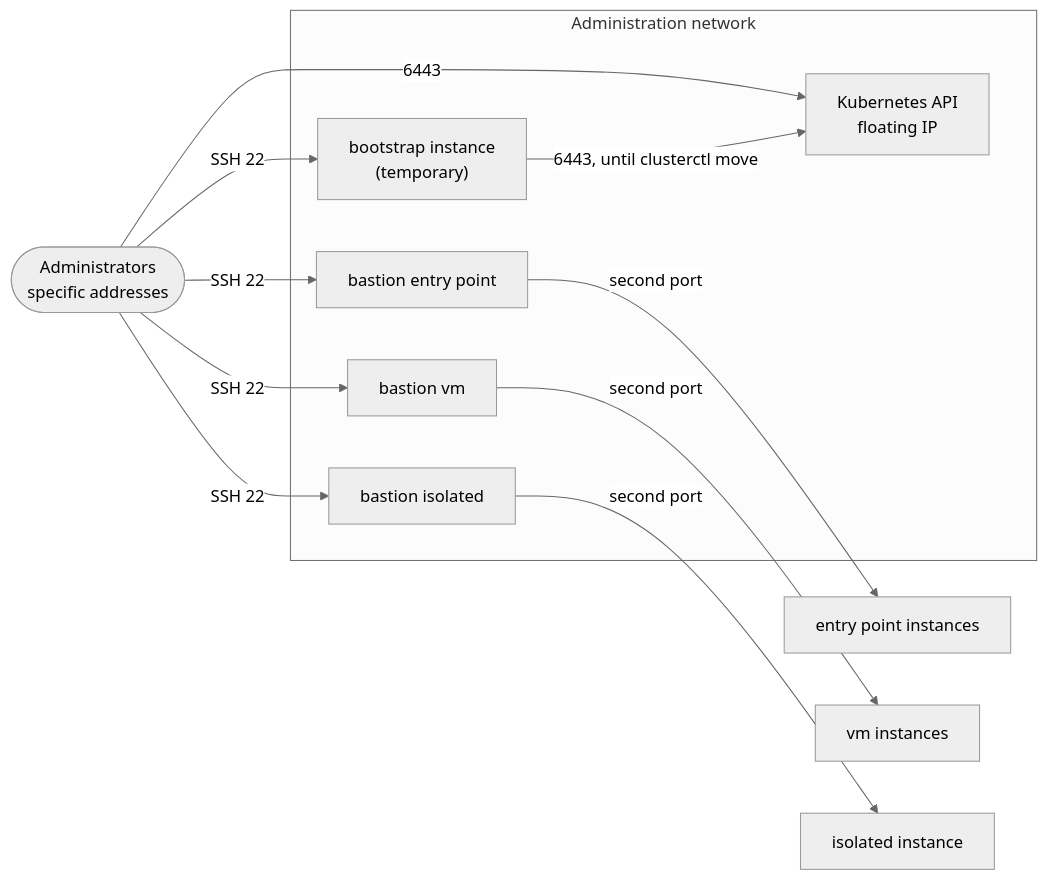
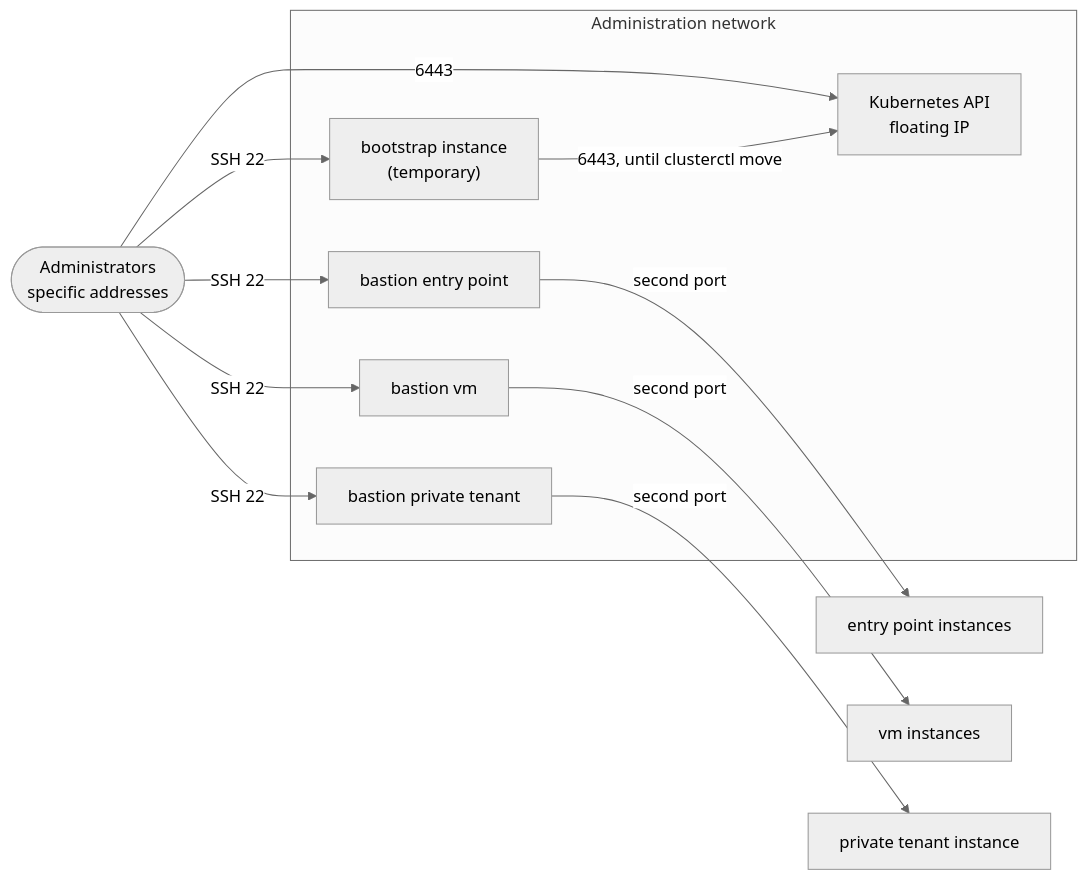
Before and after one commit to CyprisTech/openstack-multitenant-reference: the fifth of 6 diagrams in docs/concepts/architecture.md, drawn with Mermaid (neutral theme). The commit also changed other lines of this file and 21 other files, not shown here.

First line of the commit message:
Docs: the private tenant, several tenants of a stack, diagrams

````diff
--- a/docs/concepts/architecture.md
+++ b/docs/concepts/architecture.md
@@ -223,17 +223,17 @@
 ```mermaid
 flowchart LR
     OPS(["Administrators<br/>specific addresses"])
     subgraph ADM["Administration network"]
         B1["bastion entry point"]
         B2["bastion vm"]
-        B3["bastion isolated"]
+        B3["bastion private tenant"]
         API["Kubernetes API<br/>floating IP"]
         BS["bootstrap instance<br/>(temporary)"]
     end
     OPS -->|"SSH 22"| B1 & B2 & B3 & BS
     OPS -->|"6443"| API
     B1 -->|"second port"| E["entry point instances"]
     B2 -->|"second port"| W["vm instances"]
-    B3 -->|"second port"| I["isolated instance"]
+    B3 -->|"second port"| I["private tenant instance"]
     BS -->|"6443, until clusterctl move"| API
 ```
````
